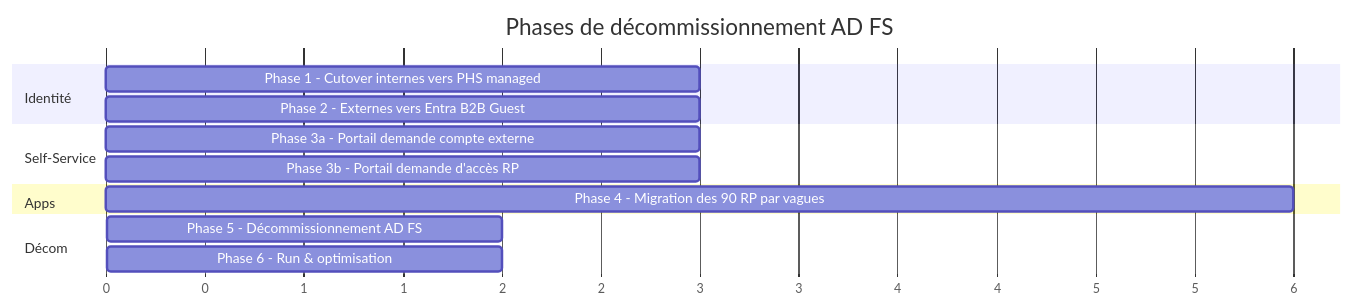
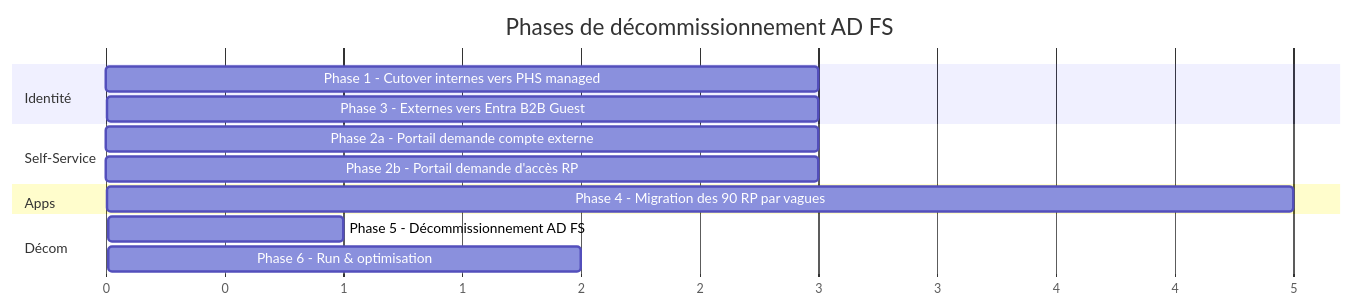
Before and after one commit to 0xMati/Tech-Blog: the diagram in _Work in progress/ADFS-Decommission-Roadmap.md, drawn with Mermaid. The commit also changed other lines of this file, not shown here.

````diff
--- a/_Work in progress/ADFS-Decommission-Roadmap.md
+++ b/_Work in progress/ADFS-Decommission-Roadmap.md
@@ -30,17 +30,17 @@
 ```mermaid
 gantt
     title Phases de décommissionnement AD FS
     dateFormat X
     axisFormat %s
     section Identité
     Phase 1 - Cutover internes vers PHS managed     :a1, 0, 3
-    Phase 2 - Externes vers Entra B2B Guest         :a2, 1, 3
+    Phase 3 - Externes vers Entra B2B Guest         :a2, 3, 3
     section Self-Service
-    Phase 3a - Portail demande compte externe       :b1, 2, 3
-    Phase 3b - Portail demande d'accès RP           :b2, 2, 3
+    Phase 2a - Portail demande compte externe       :b1, 0, 3
+    Phase 2b - Portail demande d'accès RP           :b2, 0, 3
     section Apps
-    Phase 4 - Migration des 90 RP par vagues        :c1, 2, 6
+    Phase 4 - Migration des 90 RP par vagues        :c1, 3, 5
     section Décom
-    Phase 5 - Décommissionnement AD FS              :d1, 6, 2
-    Phase 6 - Run & optimisation                    :d2, 7, 2
+    Phase 5 - Décommissionnement AD FS              :d1, 8, 1
+    Phase 6 - Run & optimisation                    :d2, 9, 2
 ```
````
